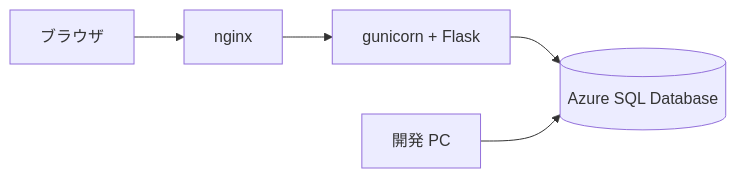
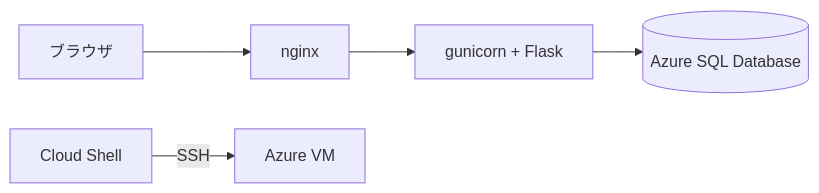
Before and after one commit to m-oka-system/mssql-todo-app: the diagram in README.md, drawn with Mermaid. The commit also changed other lines of this file and 4 other files, not shown here.

Commit message:
docs: 受講者向け手順を Cloud Shell 前提に変更しトラブルシュートを分離

````diff
--- a/README.md
+++ b/README.md
@@ -11,7 +11,7 @@
 ```mermaid
 flowchart LR
     A[ブラウザ] --> B[nginx]
     B --> C[gunicorn + Flask]
     C --> D[(Azure SQL Database)]
-    E[開発 PC] --> D
+    E[Cloud Shell] -->|SSH| F[Azure VM]
 ```
````
